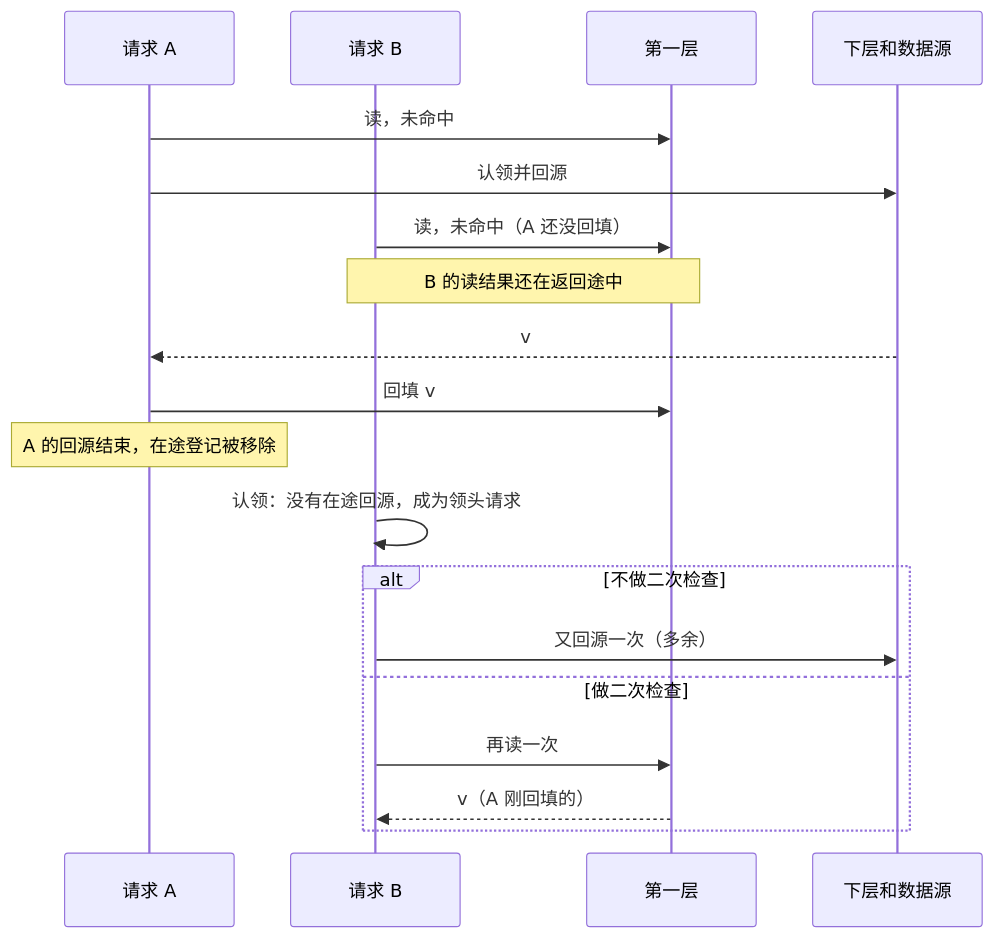
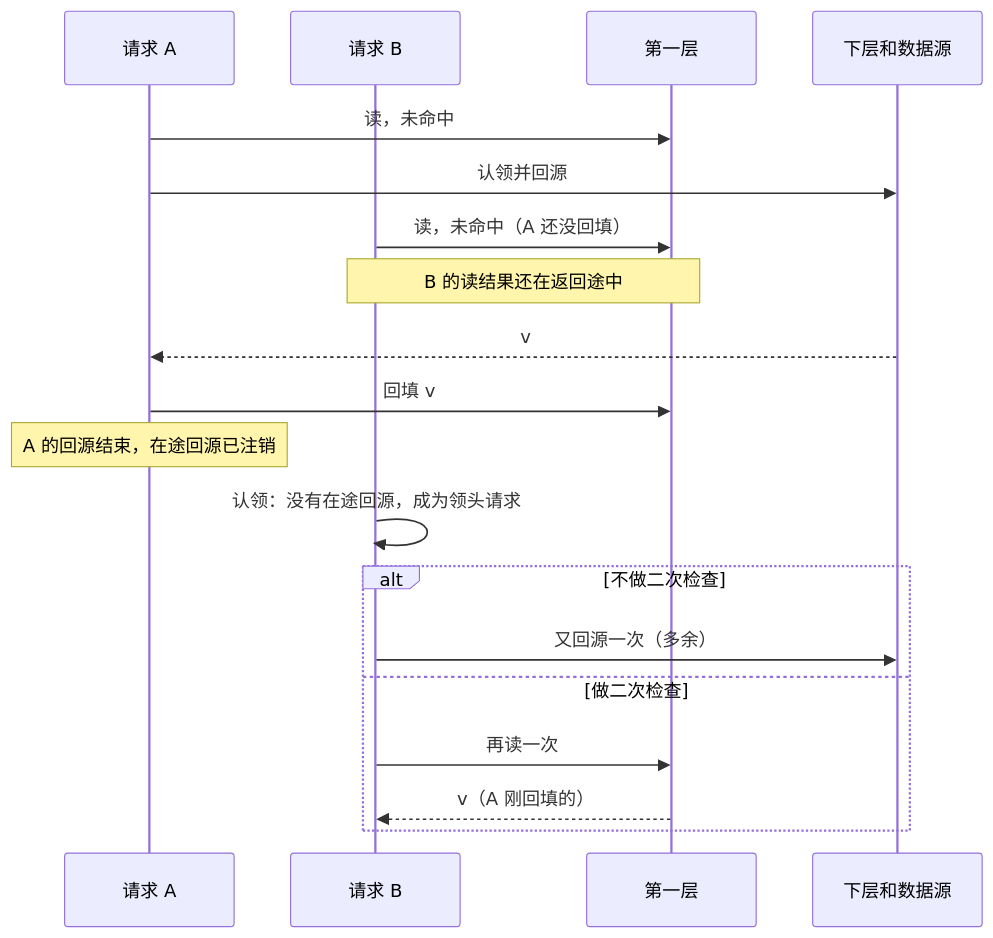
One commit to theplant/cachex changed the third of 4 diagrams in docs/design/read-path.md. Above: the diagram before and after it, drawn with Mermaid. The commit also changed other lines of this file and 7 other files, not shown here.

````diff
--- a/docs/design/read-path.md
+++ b/docs/design/read-path.md
@@ -111,21 +111,21 @@
 ```mermaid
 sequenceDiagram
     participant A as 请求 A
     participant B as 请求 B
     participant L as 第一层
     participant S as 下层和数据源
     A->>L: 读，未命中
     A->>S: 认领并回源
     B->>L: 读，未命中（A 还没回填）
     Note over B,L: B 的读结果还在返回途中
     S-->>A: v
     A->>L: 回填 v
-    Note over A: A 的回源结束，在途登记被移除
+    Note over A: A 的回源结束，在途回源已注销
     B->>B: 认领：没有在途回源，成为领头请求
     alt 不做二次检查
         B->>S: 又回源一次（多余）
     else 做二次检查
         B->>L: 再读一次
         L-->>B: v（A 刚回填的）
     end
 ```
````
